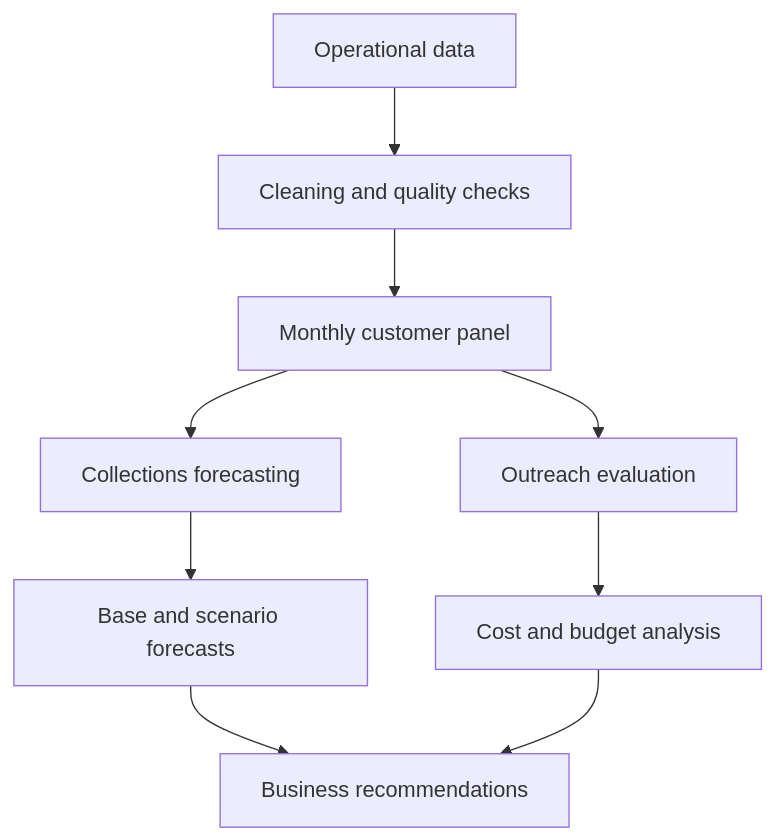
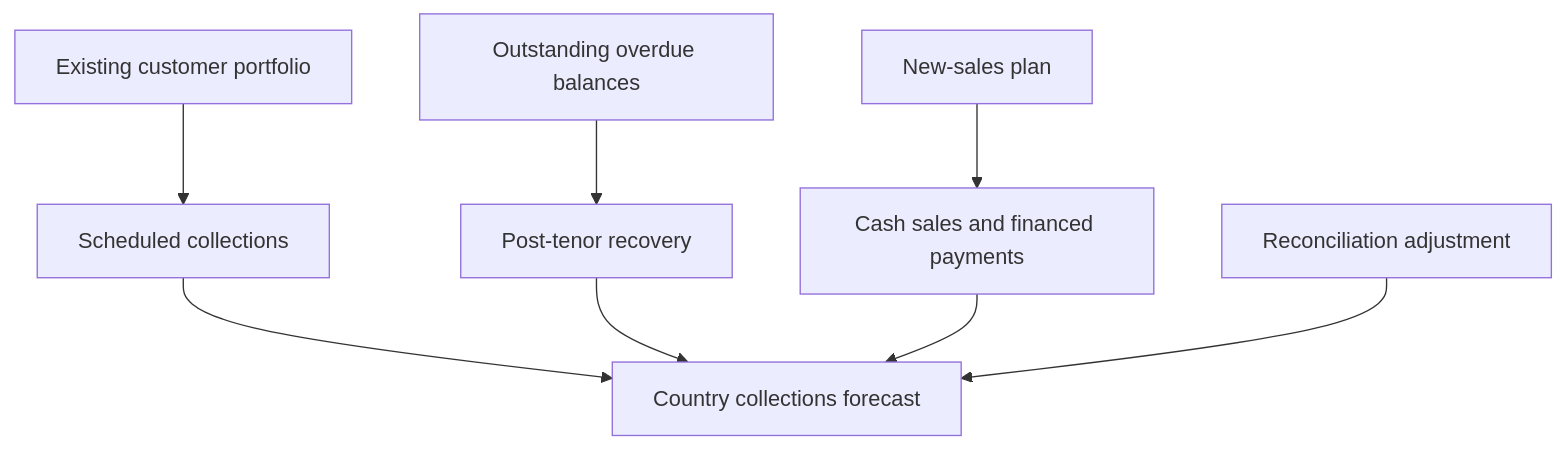
Before and after one commit to Kinjuriu/ForecastingDebtCollections: the diagram in README.md, drawn with Mermaid. The commit also changed other lines of this file, not shown here.

````diff
--- a/README.md
+++ b/README.md
@@ -62,11 +91,10 @@
 ```mermaid
 flowchart TD
-    A[Operational data] --> B[Cleaning and quality checks]
-    B --> C[Monthly customer panel]
-    C --> D[Collections forecasting]
-    C --> E[Outreach evaluation]
-    D --> F[Base and scenario forecasts]
-    E --> G[Cost and budget analysis]
-    F --> H[Business recommendations]
-    G --> H
+    A["Existing customer portfolio"] --> D["Scheduled collections"]
+    B["Outstanding overdue balances"] --> E["Post-tenor recovery"]
+    C["New-sales plan"] --> F["Cash sales and financed payments"]
+    D --> G["Country collections forecast"]
+    E --> G
+    F --> G
+    H["Reconciliation adjustment"] --> G
 ```
````
